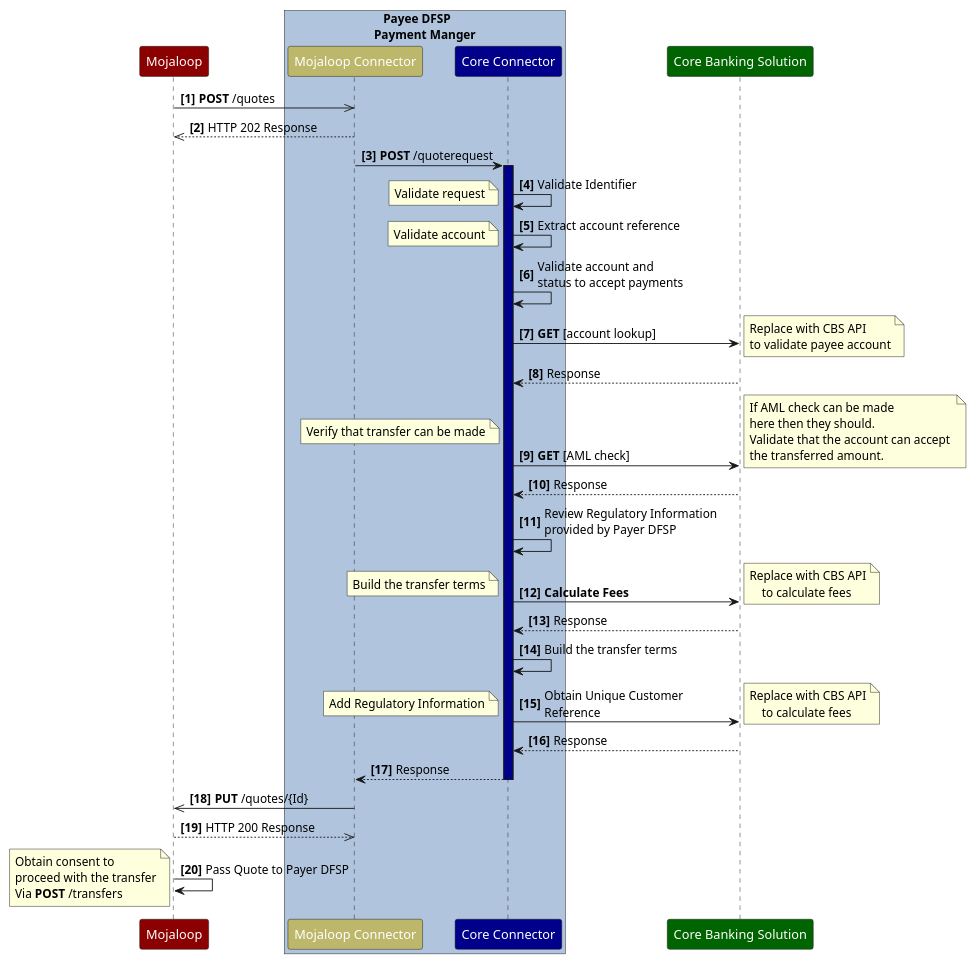
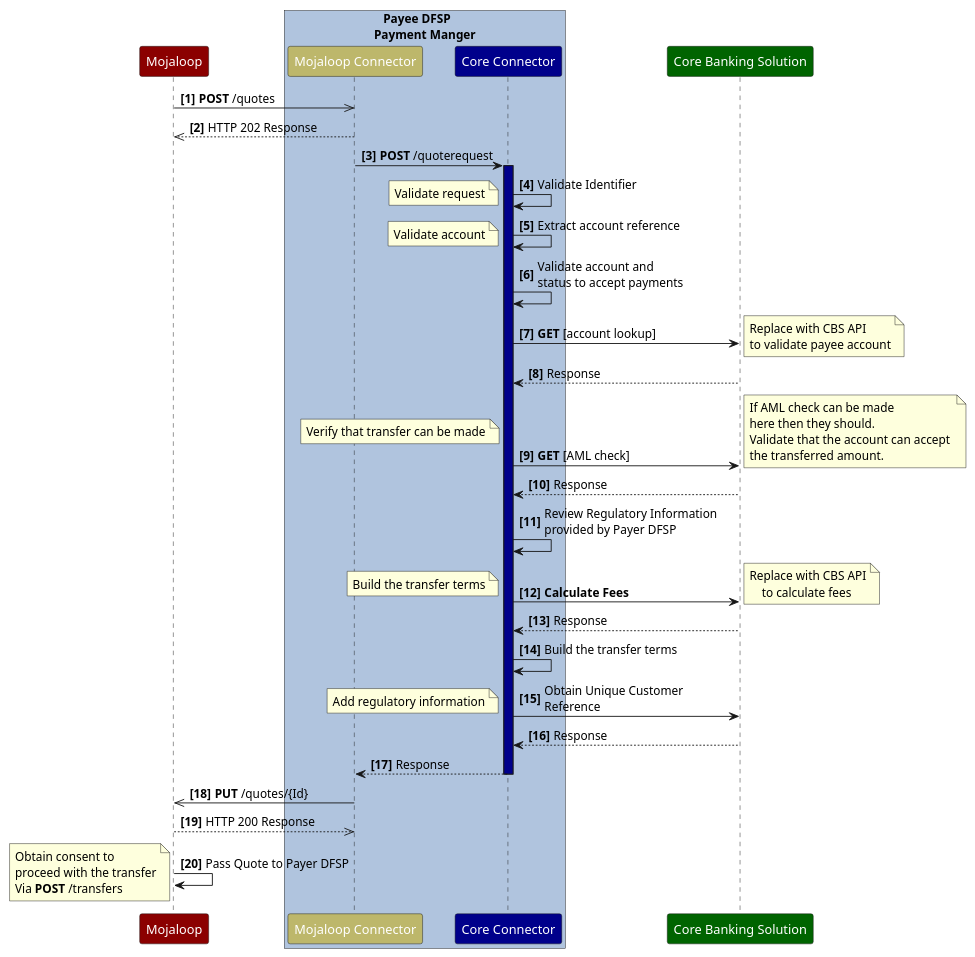
One commit to infitx-org/participation-tool-docs changed the diagram in DesignSequenceDiagrams/PayeeDFSPIdealPatternAgreement.PlantUML. Above: the diagram before and after it, drawn with PlantUML. The commit also changed 2 other files, not shown here.

```diff
--- a/DesignSequenceDiagrams/PayeeDFSPIdealPatternAgreement.PlantUML
+++ b/DesignSequenceDiagrams/PayeeDFSPIdealPatternAgreement.PlantUML
@@ -1,85 +1,81 @@
 @startuml PayeeDFSPIdealPatternAgreement
 /'*****
 --------------
 ******'/
 
 ' declare title
 ' title PayeeDFSPIdealPatternAgreement
 ' declare actors
 skinparam participant {
   FontColor white
 }
 participant "Mojaloop" as Switch #DarkRed
 box "   Payee DFSP\nPayment Manger" #LightSteelBlue
   participant "Mojaloop Connector" as MC #DarkKhaki
   participant "Core Connector" as CC  #DarkBlue
 end box
 participant "Core Banking Solution" as CBS #DarkGreen
 
 autonumber 1 1 "<b>[0]"
 
 
 Switch->>MC: **POST** /quotes
 MC-->>Switch: HTTP 202 Response
 MC->CC: **POST** /quoterequest
 activate CC #DarkBlue
 CC->CC: Validate Identifier
 note left
  Validate request
 end note
     CC->CC: Extract account reference
 note left
  Validate account
 end note
     CC->CC: Validate account and \nstatus to accept payments
     CC->CBS: **GET** [account lookup]
     note right 
     Replace with CBS API
     to validate payee account
     end note
     CBS-->CC: Response
     CC->CBS: **GET** [AML check]
 note left
  Verify that transfer can be made
 end note
     note right 
     If AML check can be made 
     here then they should.
     Validate that the account can accept 
     the transferred amount.   
     end note
     CBS-->CC: Response
     CC->CC: Review Regulatory Information \nprovided by Payer DFSP
     CC->CBS: **Calculate Fees**
 note left
  Build the transfer terms
 end note
     note right 
     Replace with CBS API
         to calculate fees
     end note
     CBS-->CC: Response
     CC->CC: Build the transfer terms
     CC->CBS: Obtain Unique Customer \nReference
 note left
- Add Regulatory Information
+ Add regulatory information
 end note
-    note right 
-    Replace with CBS API
-        to calculate fees
-    end note
     CBS-->CC: Response
 
 CC-->MC: Response
 deactivate CC
 MC->>Switch: **PUT** /quotes/{Id} 
 Switch-->>MC: HTTP 200 Response
 
 Switch->Switch: Pass Quote to Payer DFSP
 note left
 Obtain consent to 
 proceed with the transfer
 Via **POST** /transfers
 end note
 
 @enduml
```
